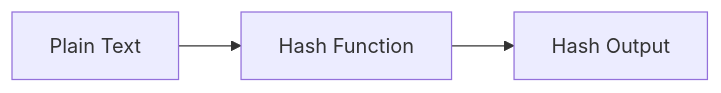
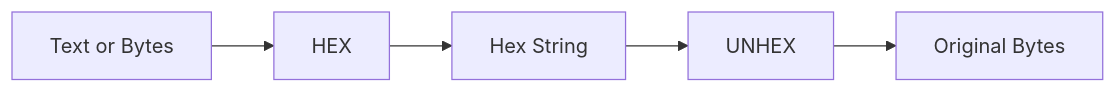
Before and after one commit to mahfooziiitian/spark-batch: the diagram in spark-sql/docs/functions/scalar/encryption/hex.md, drawn with Mermaid. The commit also changed other lines of this file and 809 other files, not shown here.

````diff
--- a/spark-sql/docs/functions/scalar/encryption/hex.md
+++ b/spark-sql/docs/functions/scalar/encryption/hex.md
@@ -7,5 +10,7 @@
 ```mermaid
 graph LR
-    A[Plain Text] --> B[Hash Function]
-    B --> C[Hash Output]
+    A[Text or Bytes] --> B[HEX]
+    B --> C[Hex String]
+    C --> D[UNHEX]
+    D --> E[Original Bytes]
 ```
````
